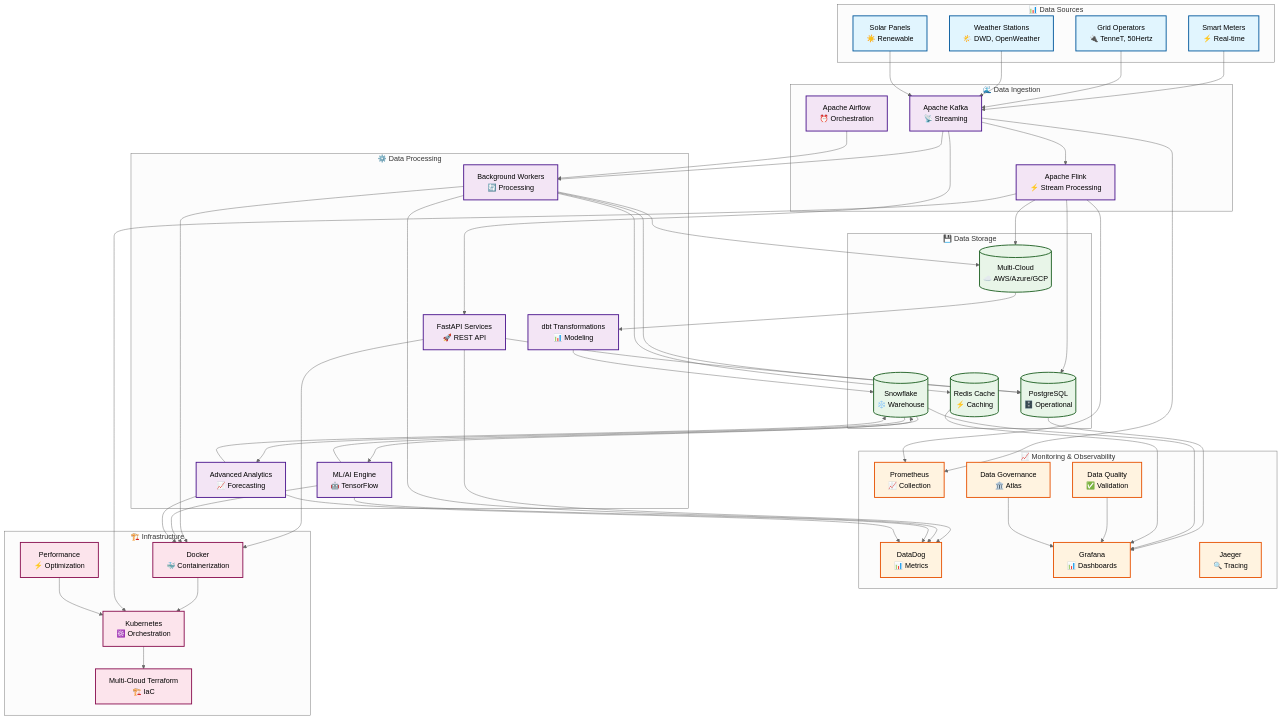
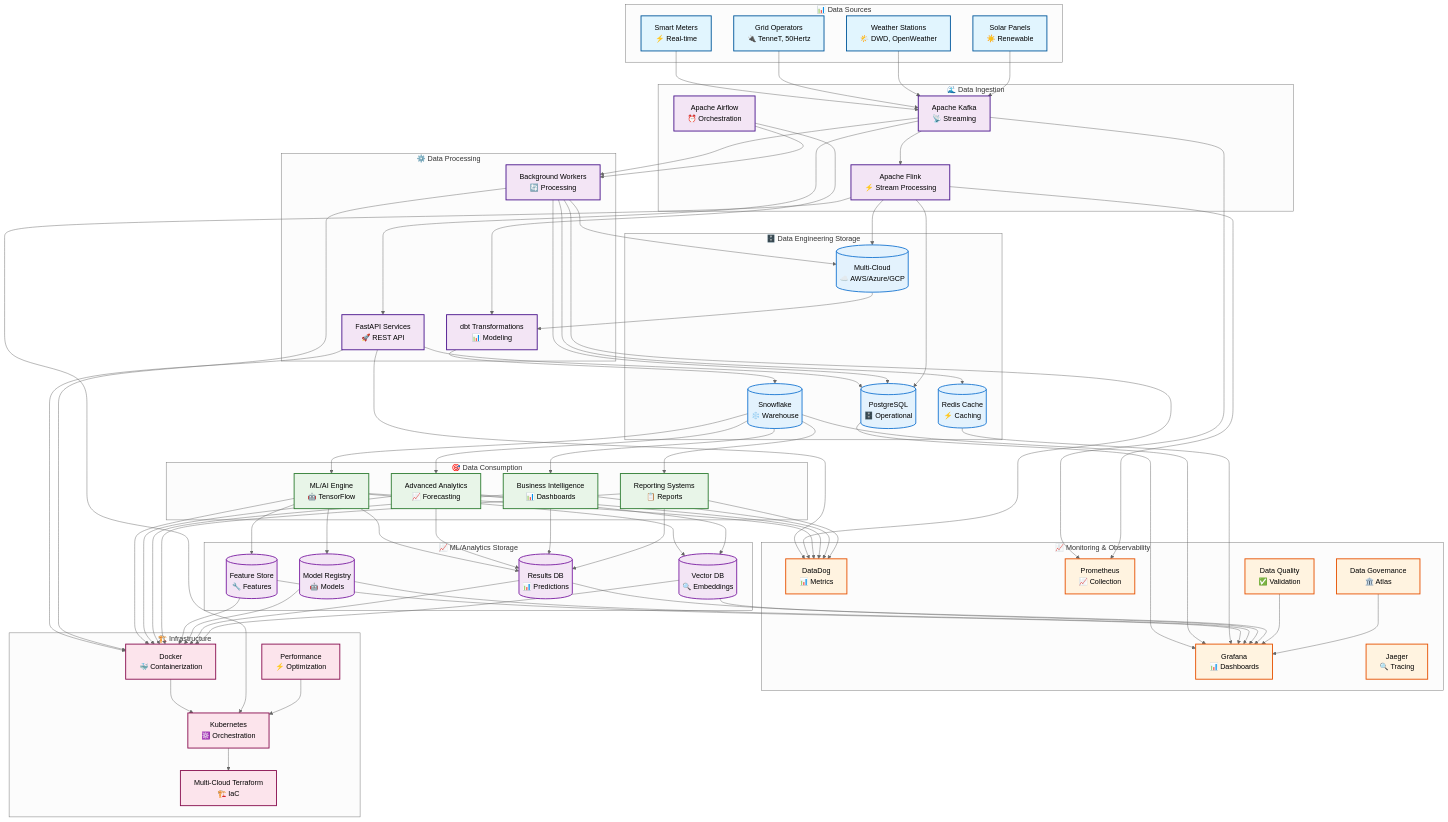
Before and after one commit to kanhaiya-gupta/DataEngineering-metrify-smart-metering: the second of 2 diagrams in docs/README.md, drawn with Mermaid (neutral theme). The commit also changed other lines of this file, not shown here.

````diff
--- a/docs/README.md
+++ b/docs/README.md
@@ -147,16 +189,31 @@
         API[FastAPI Services<br/>🚀 REST API]
         WORKERS[Background Workers<br/>🔄 Processing]
         DBT[dbt Transformations<br/>📊 Modeling]
-        ML[ML/AI Engine<br/>🤖 TensorFlow]
-        ANALYTICS[Advanced Analytics<br/>📈 Forecasting]
+        FLINK[Apache Flink<br/>⚡ Stream Processing]
     end
 
-    %% Storage Layer
-    subgraph "💾 Data Storage"
+    %% Data Engineering Storage Layer
+    subgraph "🗄️ Data Engineering Storage"
         POSTGRES[(PostgreSQL<br/>🗄️ Operational)]
         SNOWFLAKE[(Snowflake<br/>❄️ Warehouse)]
         S3[(Multi-Cloud<br/>☁️ AWS/Azure/GCP)]
         CACHE[(Redis Cache<br/>⚡ Caching)]
+    end
+
+    %% Data Consumption Layer
+    subgraph "🎯 Data Consumption"
+        ML[ML/AI Engine<br/>🤖 TensorFlow]
+        ANALYTICS[Advanced Analytics<br/>📈 Forecasting]
+        BI[Business Intelligence<br/>📊 Dashboards]
+        REPORTS[Reporting Systems<br/>📋 Reports]
+    end
+
+    %% ML/Analytics Storage Layer
+    subgraph "📈 ML/Analytics Storage"
+        FEATURES[(Feature Store<br/>🔧 Features)]
+        MODELS[(Model Registry<br/>🤖 Models)]
+        RESULTS[(Results DB<br/>📊 Predictions)]
+        VECTOR[(Vector DB<br/>🔍 Embeddings)]
     end
 
     %% Monitoring & Observability
@@ -187,34 +244,51 @@
     KAFKA --> WORKERS
     KAFKA --> FLINK
     AIRFLOW --> WORKERS
+    AIRFLOW --> DBT
     
     API --> POSTGRES
     WORKERS --> POSTGRES
     WORKERS --> S3
     WORKERS --> CACHE
     
-    %% Data Warehouse Flow (Proper Data Engineering)
+    %% Data Engineering Storage Flow
     S3 --> DBT
     DBT --> SNOWFLAKE
     FLINK --> S3
     FLINK --> POSTGRES
     
-    %% ML and Analytics consume from Data Warehouse
+    %% Data Consumption Layer (consumes from Data Engineering Storage)
     SNOWFLAKE --> ML
     SNOWFLAKE --> ANALYTICS
-    ML --> SNOWFLAKE
-    ANALYTICS --> SNOWFLAKE
+    SNOWFLAKE --> BI
+    SNOWFLAKE --> REPORTS
+    
+    %% ML/Analytics Storage Flow (stores results from Data Consumption)
+    ML --> FEATURES
+    ML --> MODELS
+    ML --> RESULTS
+    ANALYTICS --> RESULTS
+    BI --> RESULTS
+    REPORTS --> RESULTS
+    ML --> VECTOR
+    ANALYTICS --> VECTOR
     
     %% Monitoring connections
     API --> DATADOG
     WORKERS --> DATADOG
     ML --> DATADOG
     ANALYTICS --> DATADOG
+    BI --> DATADOG
+    REPORTS --> DATADOG
     KAFKA --> PROMETHEUS
     FLINK --> PROMETHEUS
     POSTGRES --> GRAFANA
     SNOWFLAKE --> GRAFANA
     CACHE --> GRAFANA
+    FEATURES --> GRAFANA
+    MODELS --> GRAFANA
+    RESULTS --> GRAFANA
+    VECTOR --> GRAFANA
     QUALITY --> GRAFANA
     GOVERNANCE --> GRAFANA
     
@@ -223,6 +297,12 @@
     WORKERS --> DOCKER
     ML --> DOCKER
     ANALYTICS --> DOCKER
+    BI --> DOCKER
+    REPORTS --> DOCKER
+    FEATURES --> DOCKER
+    MODELS --> DOCKER
+    RESULTS --> DOCKER
+    VECTOR --> DOCKER
     DOCKER --> K8S
     K8S --> TERRAFORM
     FLINK --> K8S
@@ -231,13 +311,17 @@
     %% Styling
     classDef dataSource fill:#e1f5fe,stroke:#01579b,stroke-width:2px
     classDef processing fill:#f3e5f5,stroke:#4a148c,stroke-width:2px
-    classDef storage fill:#e8f5e8,stroke:#1b5e20,stroke-width:2px
+    classDef consumption fill:#e8f5e8,stroke:#2e7d32,stroke-width:2px
+    classDef dataEngineeringStorage fill:#e3f2fd,stroke:#1976d2,stroke-width:2px
+    classDef mlAnalyticsStorage fill:#f3e5f5,stroke:#7b1fa2,stroke-width:2px
     classDef monitoring fill:#fff3e0,stroke:#e65100,stroke-width:2px
     classDef infrastructure fill:#fce4ec,stroke:#880e4f,stroke-width:2px
 
     class SM,GO,WS,SOLAR dataSource
-    class KAFKA,AIRFLOW,API,WORKERS,DBT,ML,ANALYTICS,FLINK processing
-    class POSTGRES,SNOWFLAKE,S3,CACHE storage
+    class KAFKA,AIRFLOW,API,WORKERS,DBT,FLINK processing
+    class ML,ANALYTICS,BI,REPORTS consumption
+    class POSTGRES,SNOWFLAKE,S3,CACHE dataEngineeringStorage
+    class FEATURES,MODELS,RESULTS,VECTOR mlAnalyticsStorage
     class DATADOG,PROMETHEUS,GRAFANA,JAEGER,QUALITY,GOVERNANCE monitoring
     class DOCKER,K8S,TERRAFORM,PERFORMANCE infrastructure
 ```
````
